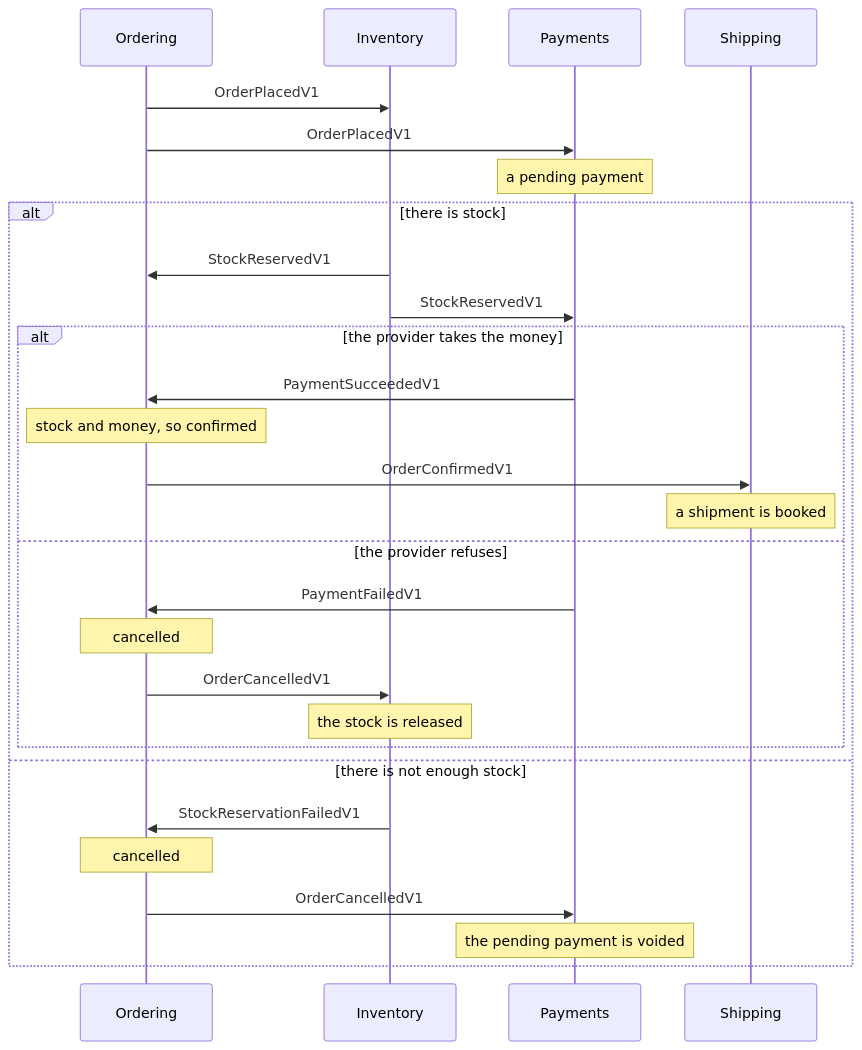
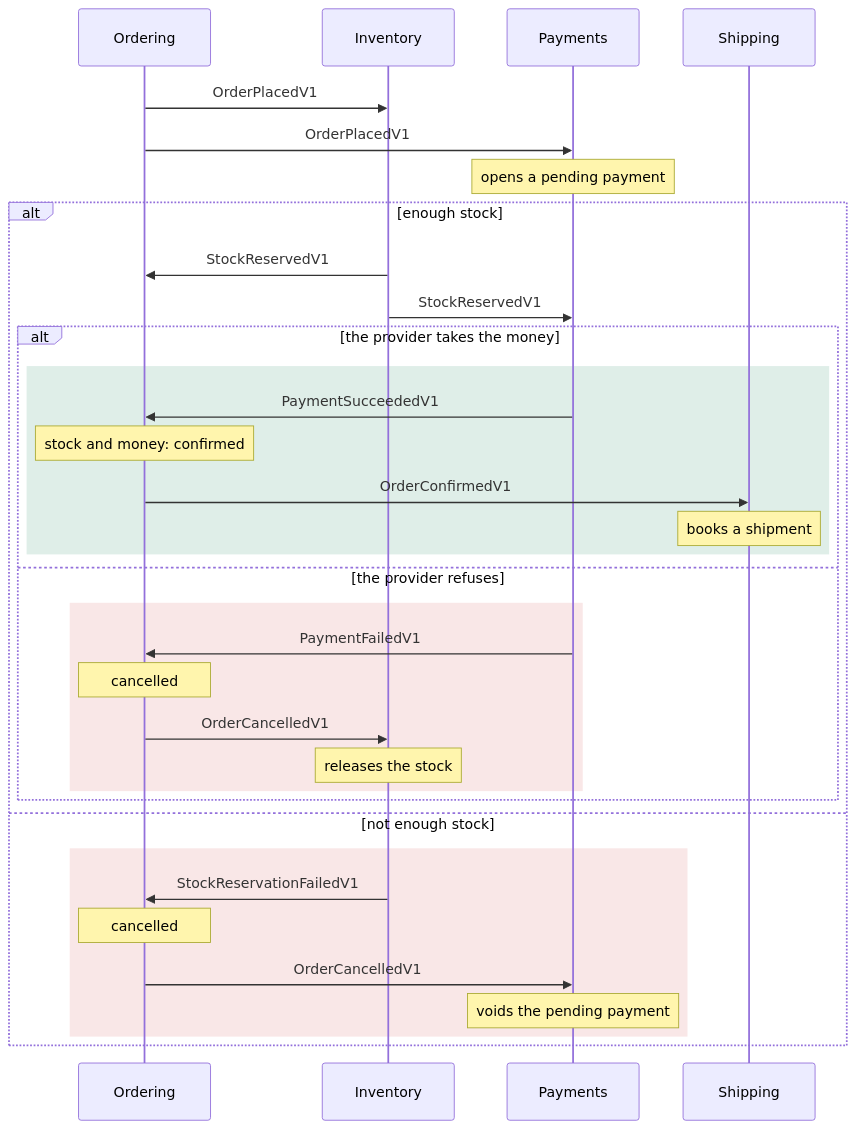
The first of 2 diagrams in docs/getting-started.md (DylanSnel/DDDToolkit), drawn with Mermaid before and after one commit. The commit also changed other lines of this file and 41 other files, not shown here.

First line of the commit message:
Docs: plain prose, one word per concept, and readable diagrams on every page

````diff
--- a/docs/getting-started.md
+++ b/docs/getting-started.md
@@ -611,31 +657,37 @@
 ```mermaid
 sequenceDiagram
     participant Ordering
     participant Inventory
     participant Payments
     participant Shipping
 
     Ordering->>Inventory: OrderPlacedV1
     Ordering->>Payments: OrderPlacedV1
-    Note over Payments: a pending payment
-    alt there is stock
+    Note over Payments: opens a pending payment
+    alt enough stock
         Inventory->>Ordering: StockReservedV1
         Inventory->>Payments: StockReservedV1
         alt the provider takes the money
-            Payments->>Ordering: PaymentSucceededV1
-            Note over Ordering: stock and money, so confirmed
-            Ordering->>Shipping: OrderConfirmedV1
-            Note over Shipping: a shipment is booked
+            rect rgba(31, 138, 91, 0.14)
+                Payments->>Ordering: PaymentSucceededV1
+                Note over Ordering: stock and money: confirmed
+                Ordering->>Shipping: OrderConfirmedV1
+                Note over Shipping: books a shipment
+            end
         else the provider refuses
-            Payments->>Ordering: PaymentFailedV1
+            rect rgba(201, 60, 60, 0.12)
+                Payments->>Ordering: PaymentFailedV1
+                Note over Ordering: cancelled
+                Ordering->>Inventory: OrderCancelledV1
+                Note over Inventory: releases the stock
+            end
+        end
+    else not enough stock
+        rect rgba(201, 60, 60, 0.12)
+            Inventory->>Ordering: StockReservationFailedV1
             Note over Ordering: cancelled
-            Ordering->>Inventory: OrderCancelledV1
-            Note over Inventory: the stock is released
+            Ordering->>Payments: OrderCancelledV1
+            Note over Payments: voids the pending payment
         end
-    else there is not enough stock
-        Inventory->>Ordering: StockReservationFailedV1
-        Note over Ordering: cancelled
-        Ordering->>Payments: OrderCancelledV1
-        Note over Payments: the pending payment is voided
     end
 ```
````
